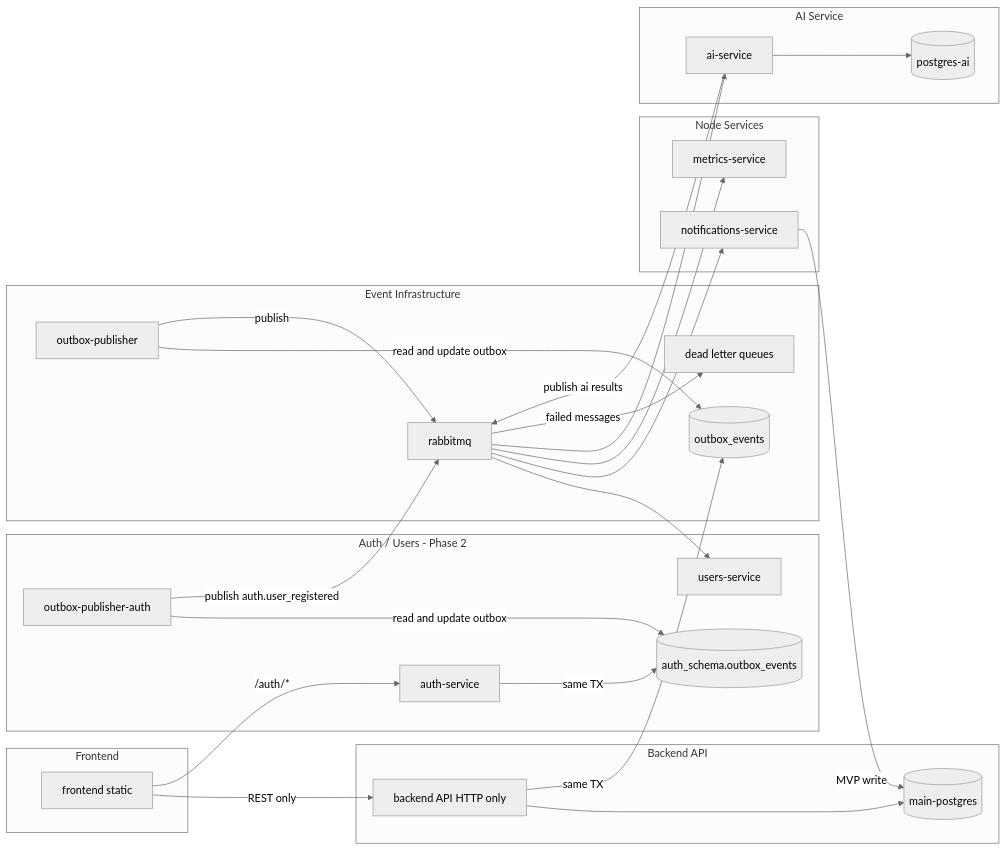
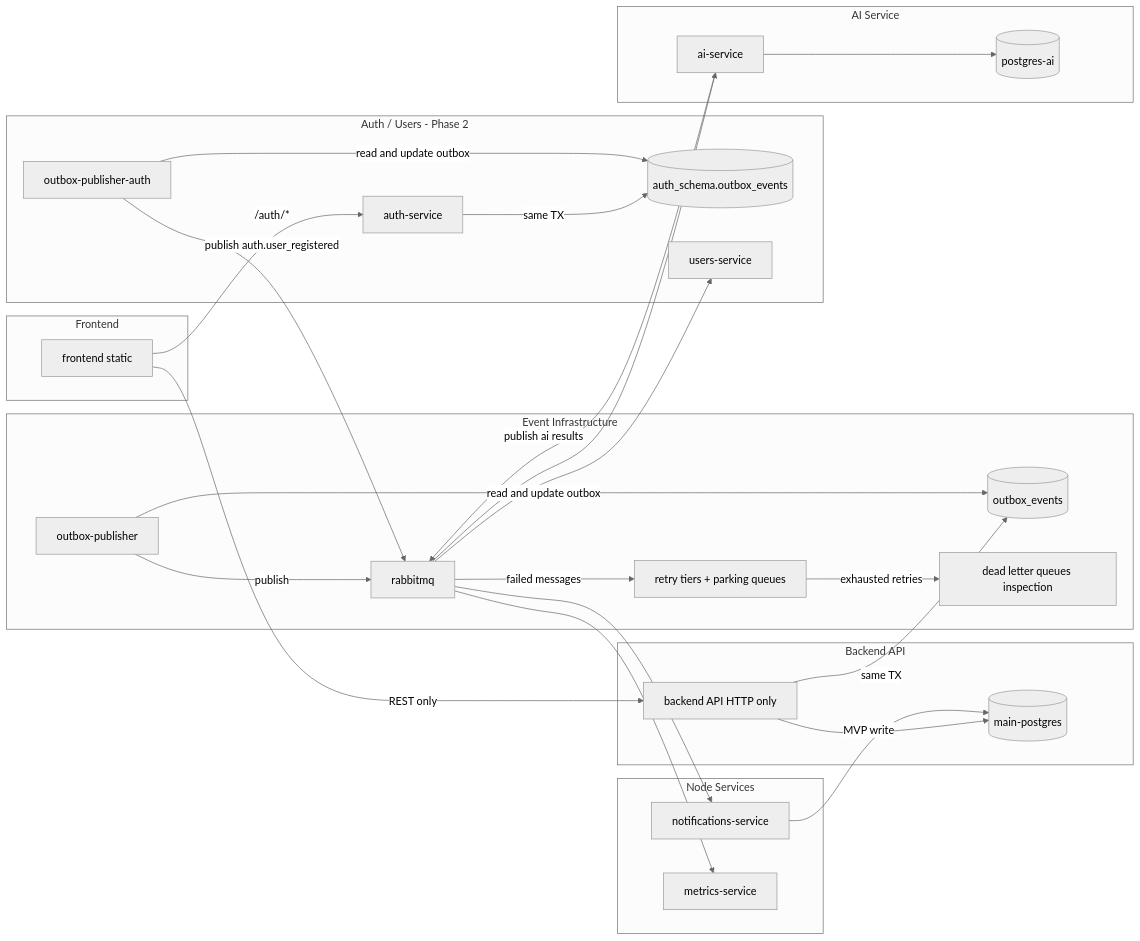
The diagram in docs/architecture/target-production-architecture.md (Vlad777mykola/crm-services), drawn with Mermaid (neutral theme) before and after one commit. The commit also changed other lines of this file and 41 other files, not shown here.

````diff
--- a/docs/architecture/target-production-architecture.md
+++ b/docs/architecture/target-production-architecture.md
@@ -34,53 +35,55 @@
 ```mermaid
 flowchart LR
   subgraph frontendLayer [Frontend]
     FE[frontend static]
   end
 
   subgraph apiLayer [Backend API]
     API[backend API HTTP only]
     PG[(main-postgres)]
   end
 
   subgraph authLayer [Auth / Users - Phase 2]
     AUTH[auth-service]
     AUTHOB[(auth_schema.outbox_events)]
     AUTHOP[outbox-publisher-auth]
     USERS[users-service]
   end
 
   subgraph eventLayer [Event Infrastructure]
     OB[(outbox_events)]
     OP[outbox-publisher]
     RMQ[rabbitmq]
-    DLQ[dead letter queues]
+    RETRY[retry tiers + parking queues]
+    DLQ[dead letter queues inspection]
   end
 
   subgraph nodeWorkers [Node Services]
     NS[notifications-service]
     MS[metrics-service]
   end
 
   subgraph aiLayer [AI Service]
     AI[ai-service]
     PGAI[(postgres-ai)]
   end
 
   FE -->|REST only| API
   FE -->|/auth/*| AUTH
   API --> PG
   API -->|same TX| OB
   OP -->|read and update outbox| OB
   OP -->|publish| RMQ
   AUTH -->|same TX| AUTHOB
   AUTHOP -->|read and update outbox| AUTHOB
   AUTHOP -->|publish auth.user_registered| RMQ
   RMQ --> USERS
   RMQ --> NS
   RMQ --> MS
   RMQ --> AI
-  RMQ -->|failed messages| DLQ
+  RMQ -->|failed messages| RETRY
+  RETRY -->|exhausted retries| DLQ
   NS -->|MVP write| PG
   AI --> PGAI
   AI -->|publish ai results| RMQ
 ```
````
